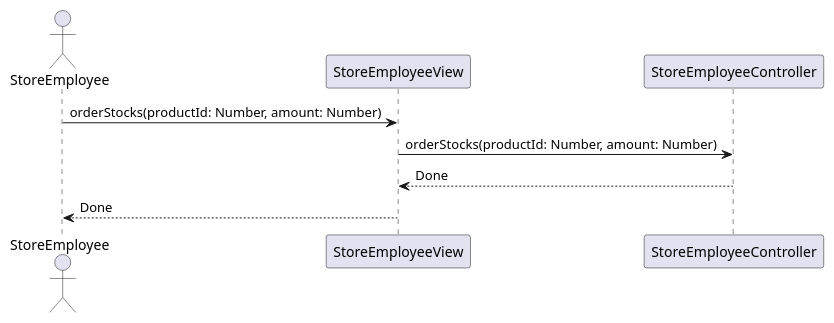
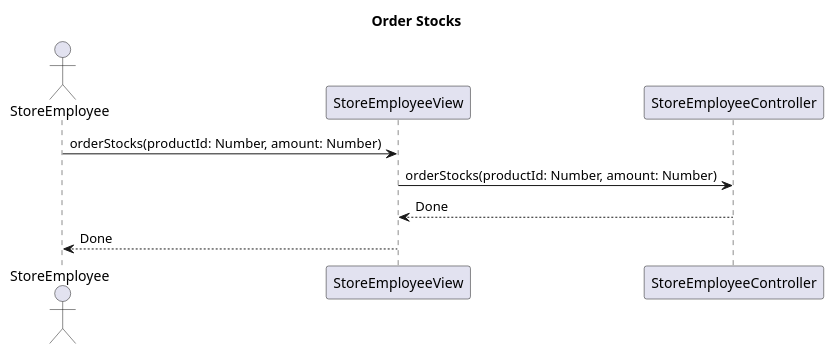
One commit to ThePhobosDeimosSuite/laboratoire-0_log430 changed the diagram in docs/UML/process/order-stocks.puml. Above: the diagram before and after it, drawn with PlantUML. The commit also changed 15 other files, not shown here.

```diff
--- a/docs/UML/process/order-stocks.puml
+++ b/docs/UML/process/order-stocks.puml
@@ -1,8 +1,9 @@
 @startuml order-stocks
+title Order Stocks
 actor StoreEmployee
 
 StoreEmployee -> StoreEmployeeView : orderStocks(productId: Number, amount: Number)
 StoreEmployeeView -> StoreEmployeeController : orderStocks(productId: Number, amount: Number)
 StoreEmployeeController --> StoreEmployeeView : Done
 StoreEmployeeView --> StoreEmployee : Done
 @enduml
```
